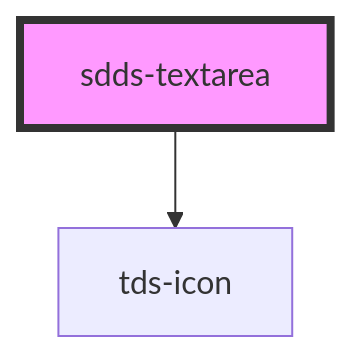
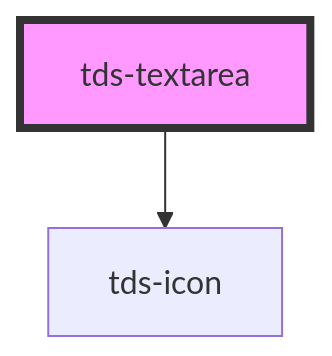
One commit to scania-digital-design-system/tegel changed the diagram in core/src/components/textarea/readme.md. Above: the diagram before and after it, drawn with Mermaid. The commit also changed other lines of this file and 5 other files, not shown here.

````diff
--- a/core/src/components/textarea/readme.md
+++ b/core/src/components/textarea/readme.md
@@ -44,5 +46,5 @@
 ```mermaid
 graph TD;
-  sdds-textarea --> tds-icon
-  style sdds-textarea fill:#f9f,stroke:#333,stroke-width:4px
+  tds-textarea --> tds-icon
+  style tds-textarea fill:#f9f,stroke:#333,stroke-width:4px
 ```
````
